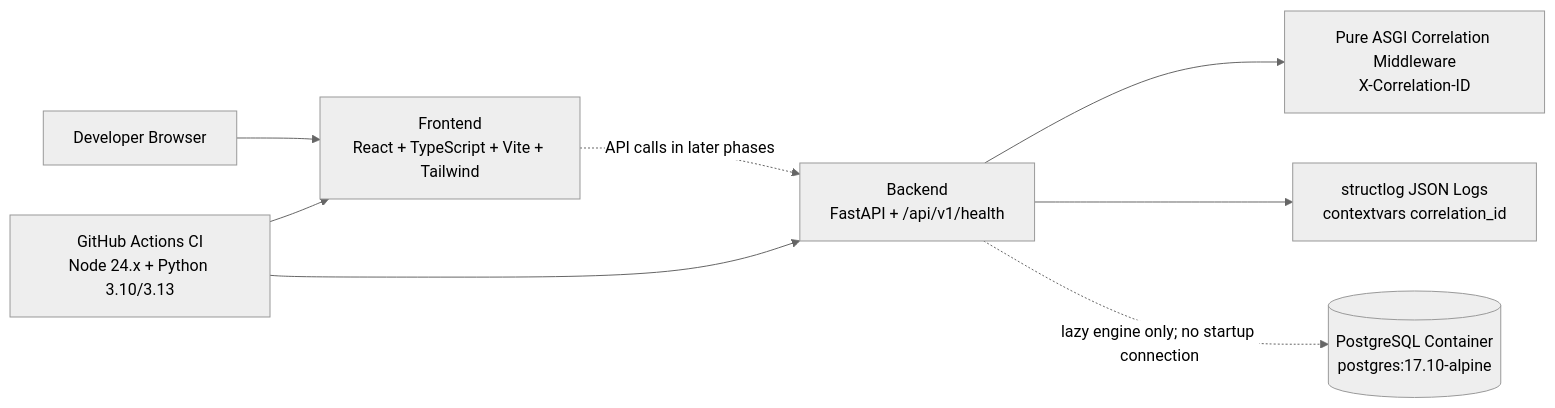
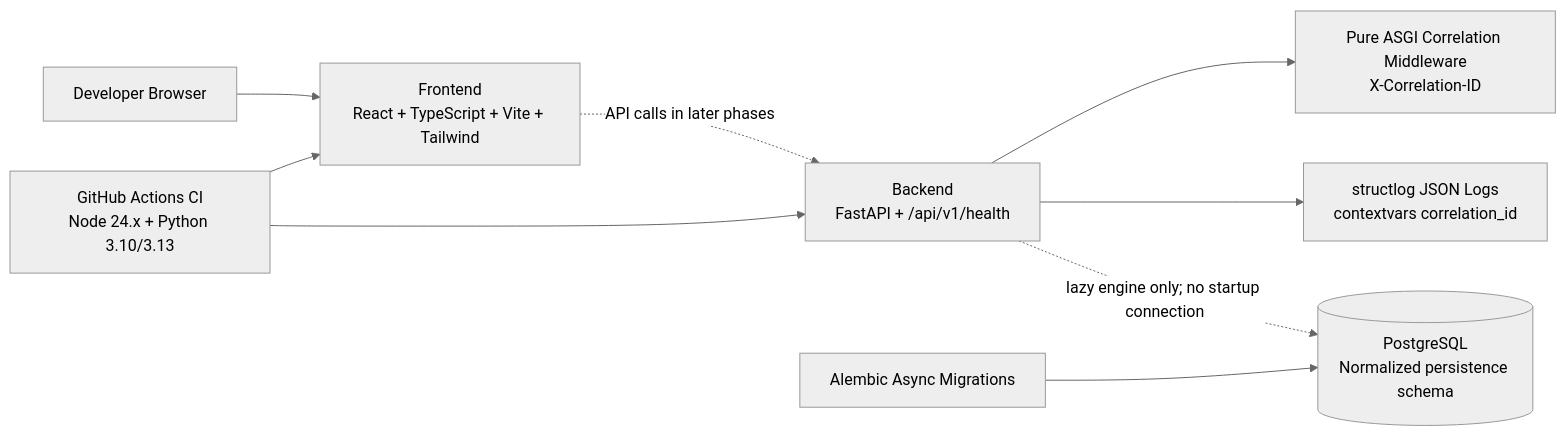
Before and after one commit to iayushmahajan/relayguard: the diagram in docs/architecture.md, drawn with Mermaid (neutral theme). The commit also changed other lines of this file and 11 other files, not shown here.

````diff
--- a/docs/architecture.md
+++ b/docs/architecture.md
@@ -3,10 +3,11 @@
 ```mermaid
 flowchart LR
   U[Developer Browser] --> F[Frontend\nReact + TypeScript + Vite + Tailwind]
   F -. API calls in later phases .-> B[Backend\nFastAPI + /api/v1/health]
   B --> C[Pure ASGI Correlation Middleware\nX-Correlation-ID]
   B --> L[structlog JSON Logs\ncontextvars correlation_id]
-  B -. lazy engine only; no startup connection .-> D[(PostgreSQL Container\npostgres:17.10-alpine)]
+  B -. lazy engine only; no startup connection .-> D[(PostgreSQL\nNormalized persistence schema)]
+  M[Alembic Async Migrations] --> D
   CI[GitHub Actions CI\nNode 24.x + Python 3.10/3.13] --> F
   CI --> B
 ```
````
